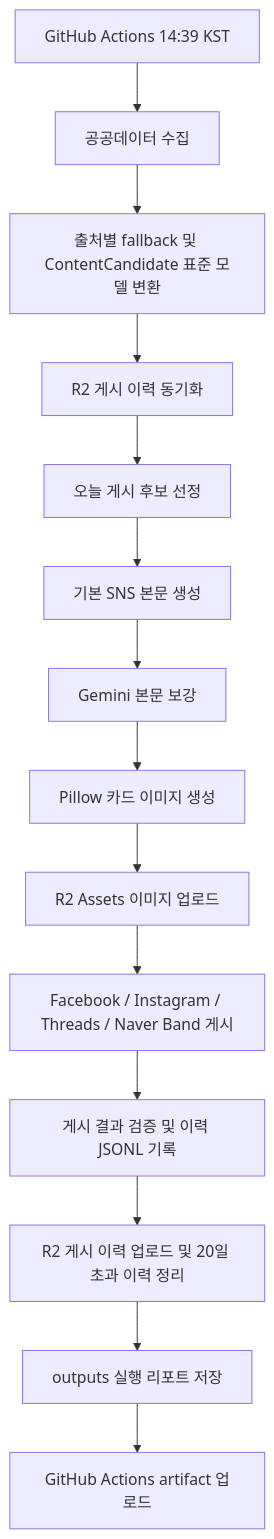
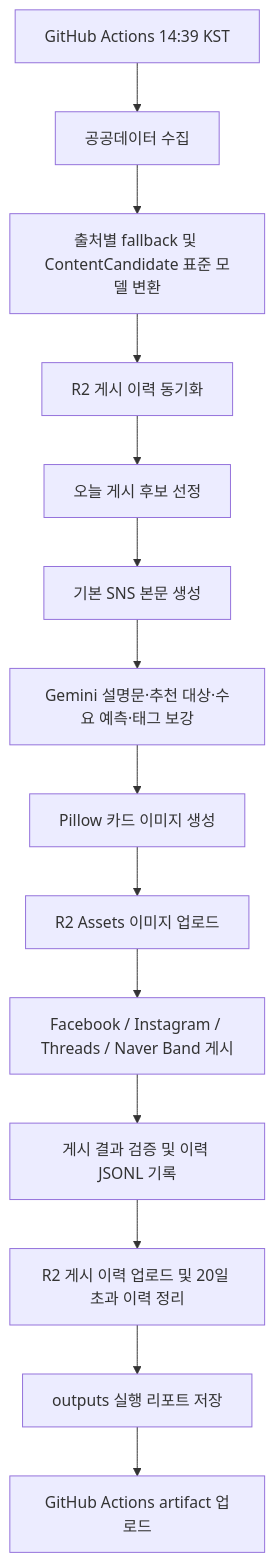
The diagram in README.md (lhjunkr/public-data-automation), drawn with Mermaid before and after one commit. The commit also changed other lines of this file, not shown here.

````diff
--- a/README.md
+++ b/README.md
@@ -53,16 +53,16 @@
 ```mermaid
 flowchart TD
     A["GitHub Actions 14:39 KST"] --> B["공공데이터 수집"]
     B --> C["출처별 fallback 및 ContentCandidate 표준 모델 변환"]
     C --> D["R2 게시 이력 동기화"]
     D --> E["오늘 게시 후보 선정"]
     E --> F["기본 SNS 본문 생성"]
-    F --> G["Gemini 본문 보강"]
+    F --> G["Gemini 설명문·추천 대상·수요 예측·태그 보강"]
     G --> H["Pillow 카드 이미지 생성"]
     H --> I["R2 Assets 이미지 업로드"]
     I --> J["Facebook / Instagram / Threads / Naver Band 게시"]
     J --> K["게시 결과 검증 및 이력 JSONL 기록"]
     K --> L["R2 게시 이력 업로드 및 20일 초과 이력 정리"]
     L --> M["outputs 실행 리포트 저장"]
     M --> N["GitHub Actions artifact 업로드"]
 ```
````
